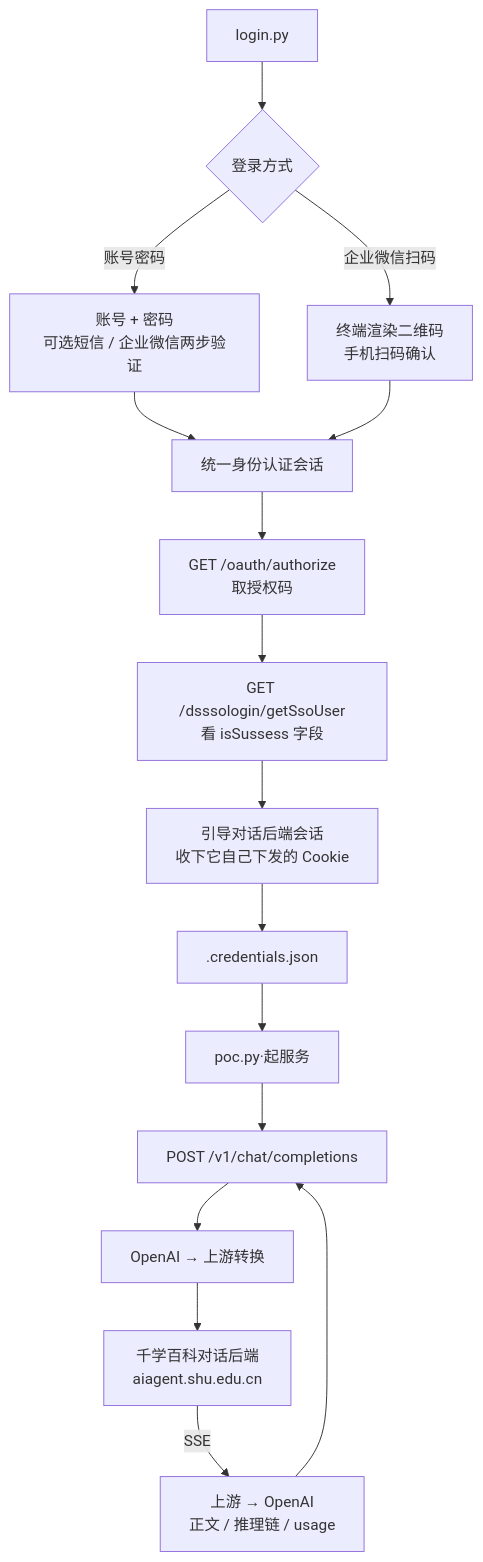
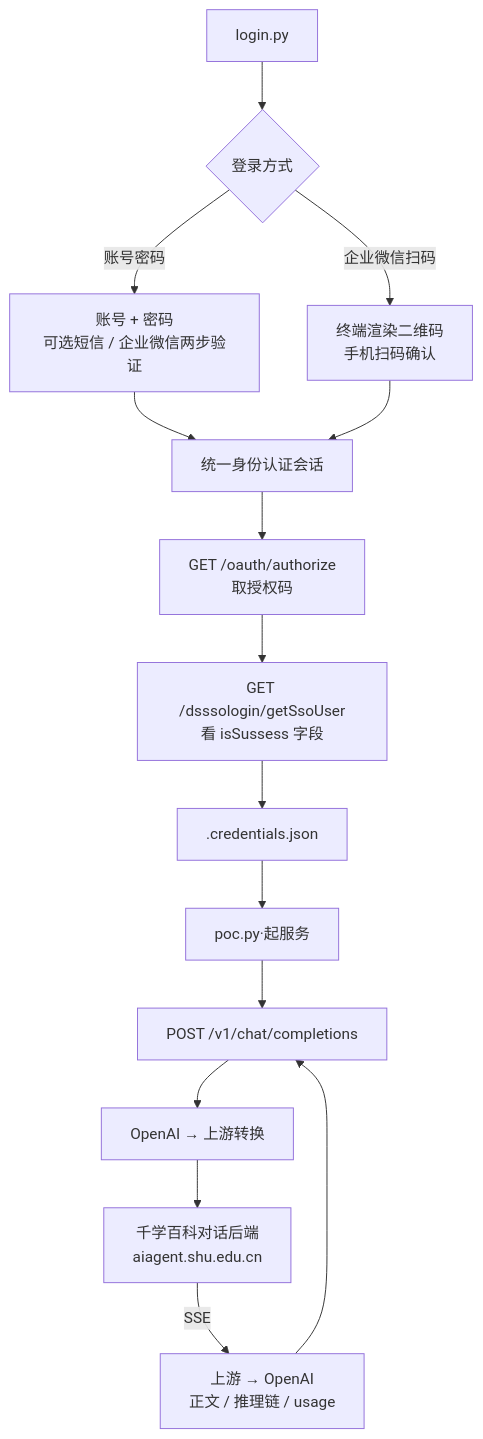
Before and after one commit to preca-hoshino/shu-ds-poc: the diagram in README.md, drawn with Mermaid. The commit also changed other lines of this file and 21 other files, not shown here.

````diff
--- a/README.md
+++ b/README.md
@@ -17,19 +17,18 @@
 ```mermaid
 flowchart TD
     A["login.py"] --> B{"登录方式"}
     B -->|账号密码| C["账号 + 密码<br/>可选短信 / 企业微信两步验证"]
     B -->|企业微信扫码| D["终端渲染二维码<br/>手机扫码确认"]
     C --> E["统一身份认证会话"]
     D --> E
     E --> F["GET /oauth/authorize<br/>取授权码"]
     F --> G["GET /dsssologin/getSsoUser<br/>看 isSussess 字段"]
-    G --> H["引导对话后端会话<br/>收下它自己下发的 Cookie"]
-    H --> I[".credentials.json"]
+    G --> H[".credentials.json"]
 
-    I --> J["poc.py·起服务"]
-    J --> K["POST /v1/chat/completions"]
-    K --> L["OpenAI → 上游转换"]
-    L --> M["千学百科对话后端<br/>aiagent.shu.edu.cn"]
-    M -->|SSE| N["上游 → OpenAI<br/>正文 / 推理链 / usage"]
-    N --> K
+    H --> I["poc.py·起服务"]
+    I --> J["POST /v1/chat/completions"]
+    J --> K["OpenAI → 上游转换"]
+    K --> L["千学百科对话后端<br/>aiagent.shu.edu.cn"]
+    L -->|SSE| M["上游 → OpenAI<br/>正文 / 推理链 / usage"]
+    M --> J
 ```
````
